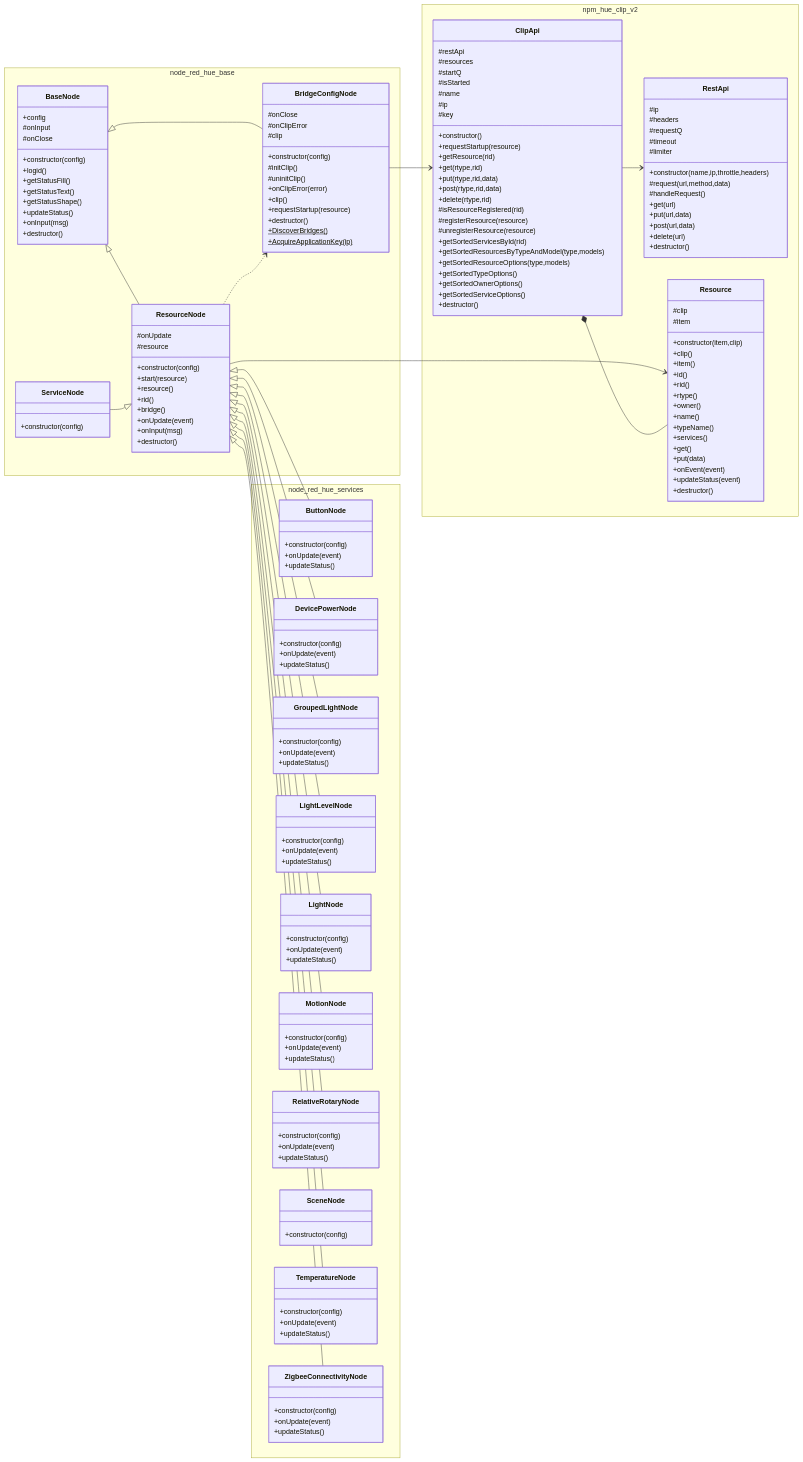
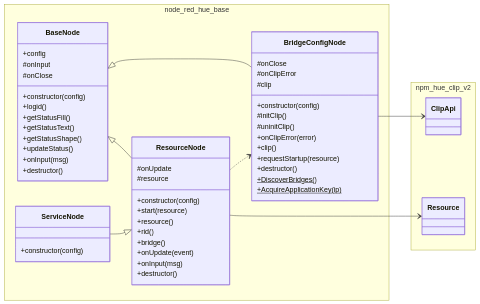
The diagram in README.md (hurenkam/node-red-hue-base), drawn with Mermaid before and after one commit. The commit also changed other lines of this file, not shown here.

````diff
--- a/README.md
+++ b/README.md
@@ -155,142 +100,11 @@
 }
 namespace npm_hue_clip_v2 {
     class ClipApi {
-        #restApi
-        #resources
-        #startQ
-        #isStarted
-        #name
-        #ip
-        #key
-        
-        +constructor()
-        +requestStartup(resource)
-        +getResource(rid)
-        +get(rtype,rid)
-        +put(rtype,rid,data)
-        +post(rtype,rid,data)
-        +delete(rtype,rid)
-        #isResourceRegistered(rid)
-        #registerResource(resource)
-        #unregisterResource(resource)
-        +getSortedServicesById(rid)
-        +getSortedResourcesByTypeAndModel(type,models)
-        +getSortedResourceOptions(type,models)
-        +getSortedTypeOptions()
-        +getSortedOwnerOptions()
-        +getSortedServiceOptions()
-        +destructor()
-    }
-
-    class RestApi {
-        #ip
-        #headers
-        #requestQ
-        #timeout
-        #limiter
-        
-        +constructor(name,ip,throttle,headers)
-        #request(url,method,data)
-        #handleRequest()
-        +get(url)
-        +put(url,data)
-        +post(url,data)
-        +delete(url)
-        +destructor()
     }
 
     class Resource {
-        #clip
-        #item
-        
-        +constructor(item,clip)
-        +clip()
-        +item()
-        +id()
-        +rid()
-        +rtype()
-        +owner()
-        +name()
-        +typeName()
-        +services()
-        +get()
-        +put(data)
-        +onEvent(event)
-        +updateStatus(event)
-        +destructor()
     }
 }
-namespace node_red_hue_services {
-    class ButtonNode {
-        +constructor(config)
-        +onUpdate(event)
-        +updateStatus()
-    }
-
-    class DevicePowerNode {
-        +constructor(config)
-        +onUpdate(event)
-        +updateStatus()
-    }
-
-    class GroupedLightNode {
-        +constructor(config)
-        +onUpdate(event)
-        +updateStatus()
-    }
-
-    class LightLevelNode {
-        +constructor(config)
-        +onUpdate(event)
-        +updateStatus()
-    }
-
-    class LightNode {
-        +constructor(config)
-        +onUpdate(event)
-        +updateStatus()
-    }
-
-    class MotionNode {
-        +constructor(config)
-        +onUpdate(event)
-        +updateStatus()
-    }
-
-    class RelativeRotaryNode {
-        +constructor(config)
-        +onUpdate(event)
-        +updateStatus()
-    }
-
-    class SceneNode {
-        +constructor(config)
-    }
-
-    class TemperatureNode {
-        +constructor(config)
-        +onUpdate(event)
-        +updateStatus()
-    }
-
-    class ZigbeeConnectivityNode {
-        +constructor(config)
-        +onUpdate(event)
-        +updateStatus()
-    }
-}
-
-direction TB
-ResourceNode <|-- ButtonNode
-ResourceNode <|-- DevicePowerNode
-ResourceNode <|-- GroupedLightNode
-ResourceNode <|-- LightLevelNode
-ResourceNode <|-- LightNode
-ResourceNode <|-- MotionNode
-ResourceNode <|-- RelativeRotaryNode
-ResourceNode <|-- SceneNode
-ResourceNode <|-- TemperatureNode
-ResourceNode <|-- ZigbeeConnectivityNode
 
 direction LR
 BaseNode <|-- BridgeConfigNode
@@ -301,7 +115,5 @@
 
 direction LR
 BridgeConfigNode --> ClipApi
-ClipApi --> RestApi
-ClipApi *-- Resource
 
 ```
````
